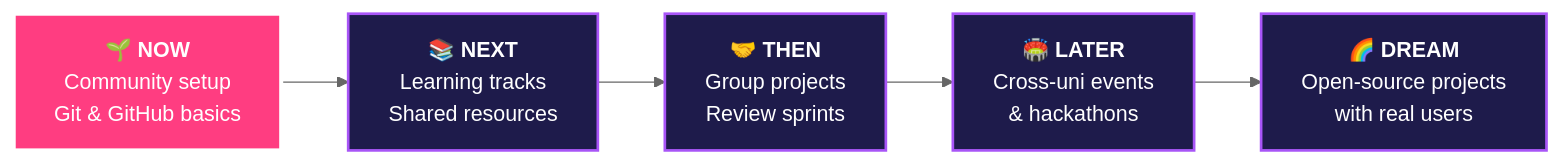
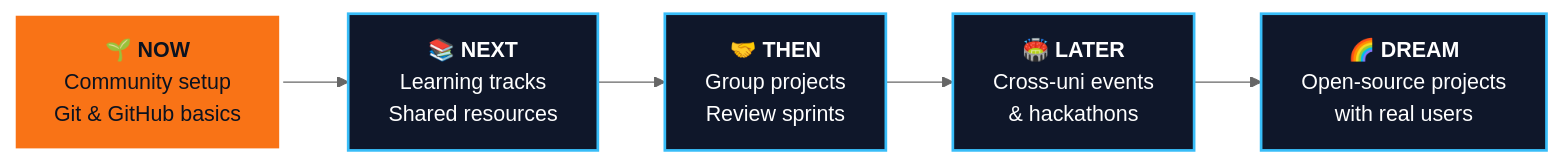
Before and after one commit to The-Bachelors/Community: the second of 2 diagrams in README.md, drawn with Mermaid (neutral theme). The commit also changed other lines of this file, not shown here.

````diff
--- a/README.md
+++ b/README.md
@@ -209,12 +232,12 @@
 ```mermaid
 flowchart LR
     A["🌱 <b>NOW</b><br/>Community setup<br/>Git & GitHub basics"] --> B["📚 <b>NEXT</b><br/>Learning tracks<br/>Shared resources"]
     B --> C["🤝 <b>THEN</b><br/>Group projects<br/>Review sprints"]
     C --> D["🏟️ <b>LATER</b><br/>Cross-uni events<br/>& hackathons"]
     D --> E["🌈 <b>DREAM</b><br/>Open-source projects<br/>with real users"]
 
-    classDef now fill:#ff3d81,stroke:#fff,color:#fff,stroke-width:3px;
-    classDef rest fill:#1e1b4b,stroke:#a855f7,color:#fff,stroke-width:2px;
+    classDef now fill:#f97316,stroke:#fff,color:#0b1220,stroke-width:3px;
+    classDef rest fill:#0f172a,stroke:#38bdf8,color:#fff,stroke-width:2px;
     class A now;
     class B,C,D,E rest;
 ```
````
